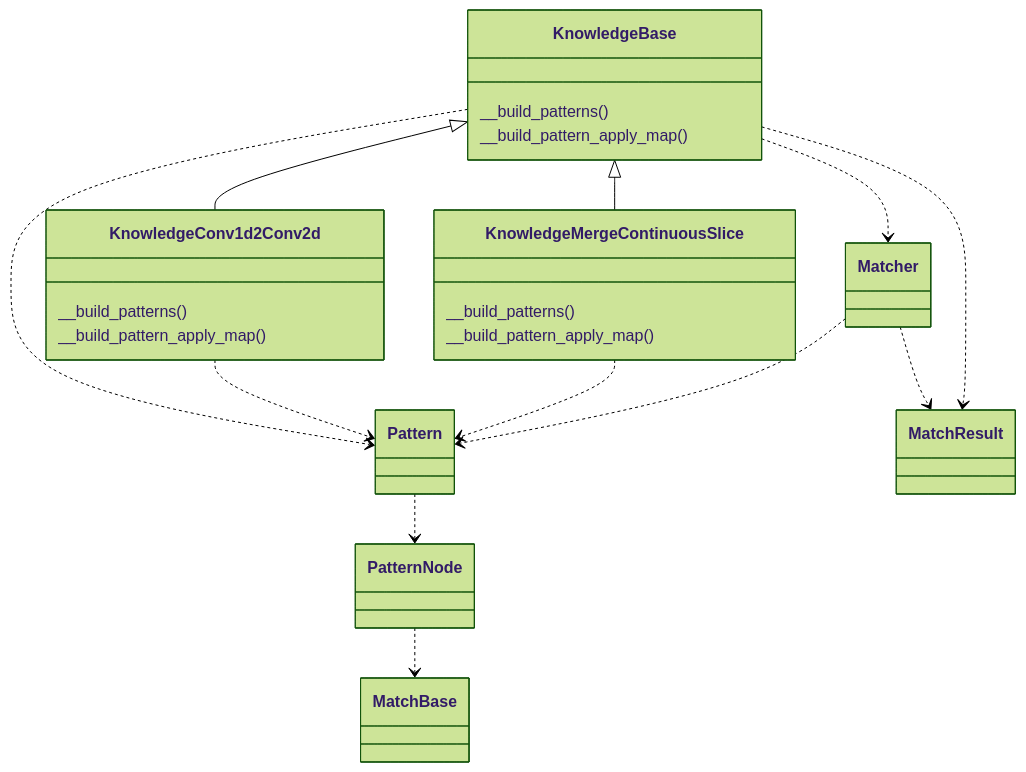
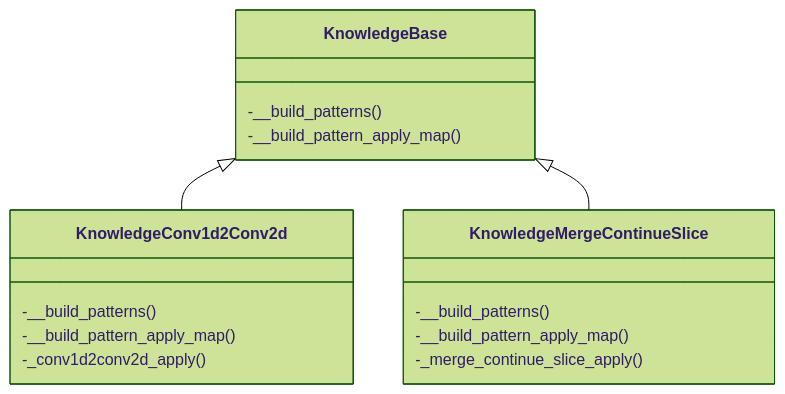
One commit to Ascend/msadvisor changed the first of 3 diagrams in docs/knowledge_optimizer_frame.md. Above: the diagram before and after it, drawn with Mermaid (forest theme). The commit also changed other lines of this file and 3 other files, not shown here.

````diff
--- a/docs/knowledge_optimizer_frame.md
+++ b/docs/knowledge_optimizer_frame.md
@@ -3,26 +11,19 @@
 ```mermaid
 classDiagram
-    class KnowledgeBase {
-        __build_patterns()
-        __build_pattern_apply_map()
-    }
-    class KnowledgeConv1d2Conv2d {
-        __build_patterns()
-        __build_pattern_apply_map()
-    }
-    class KnowledgeMergeContinuousSlice {
-        __build_patterns()
-        __build_pattern_apply_map()
-    }
+	class KnowledgeBase {
+		-__build_patterns()
+		-__build_pattern_apply_map()
+	}
+	class KnowledgeConv1d2Conv2d {
+		-__build_patterns()
+		-__build_pattern_apply_map()
+		-_conv1d2conv2d_apply()
+	}
+	class KnowledgeMergeContinueSlice {
+		-__build_patterns()
+		-__build_pattern_apply_map()
+		-_merge_continue_slice_apply()
+	}
     KnowledgeBase <|-- KnowledgeConv1d2Conv2d
-    KnowledgeBase <|-- KnowledgeMergeContinuousSlice
-    KnowledgeBase ..> Matcher
-    KnowledgeBase ..> Pattern
-    KnowledgeConv1d2Conv2d ..> Pattern
-    KnowledgeMergeContinuousSlice ..> Pattern
-    Matcher ..> Pattern
-    Pattern ..> PatternNode
-    PatternNode ..> MatchBase
-    Matcher ..> MatchResult
-    KnowledgeBase ..> MatchResult
+    KnowledgeBase <|-- KnowledgeMergeContinueSlice
 ```
````
